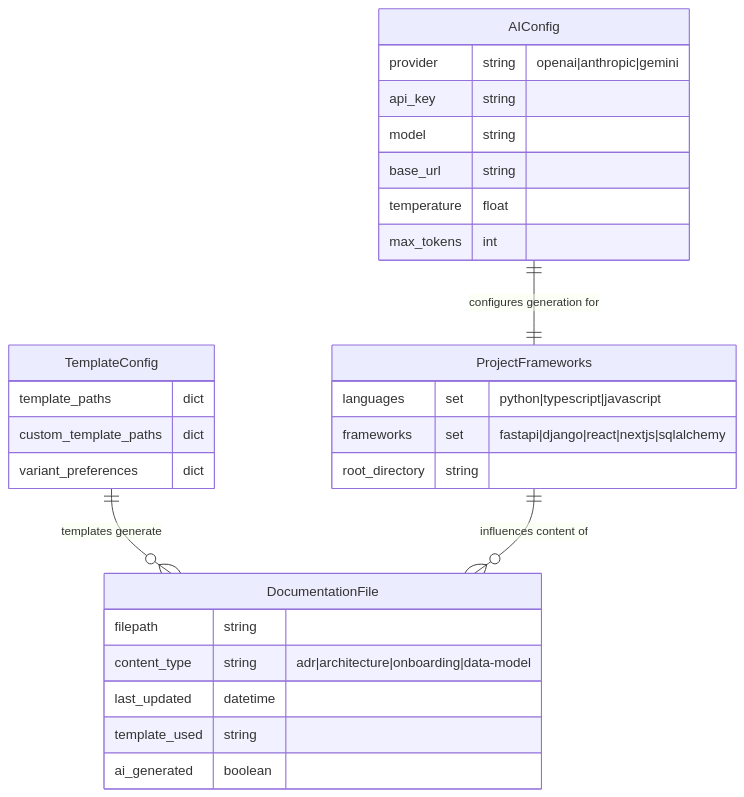
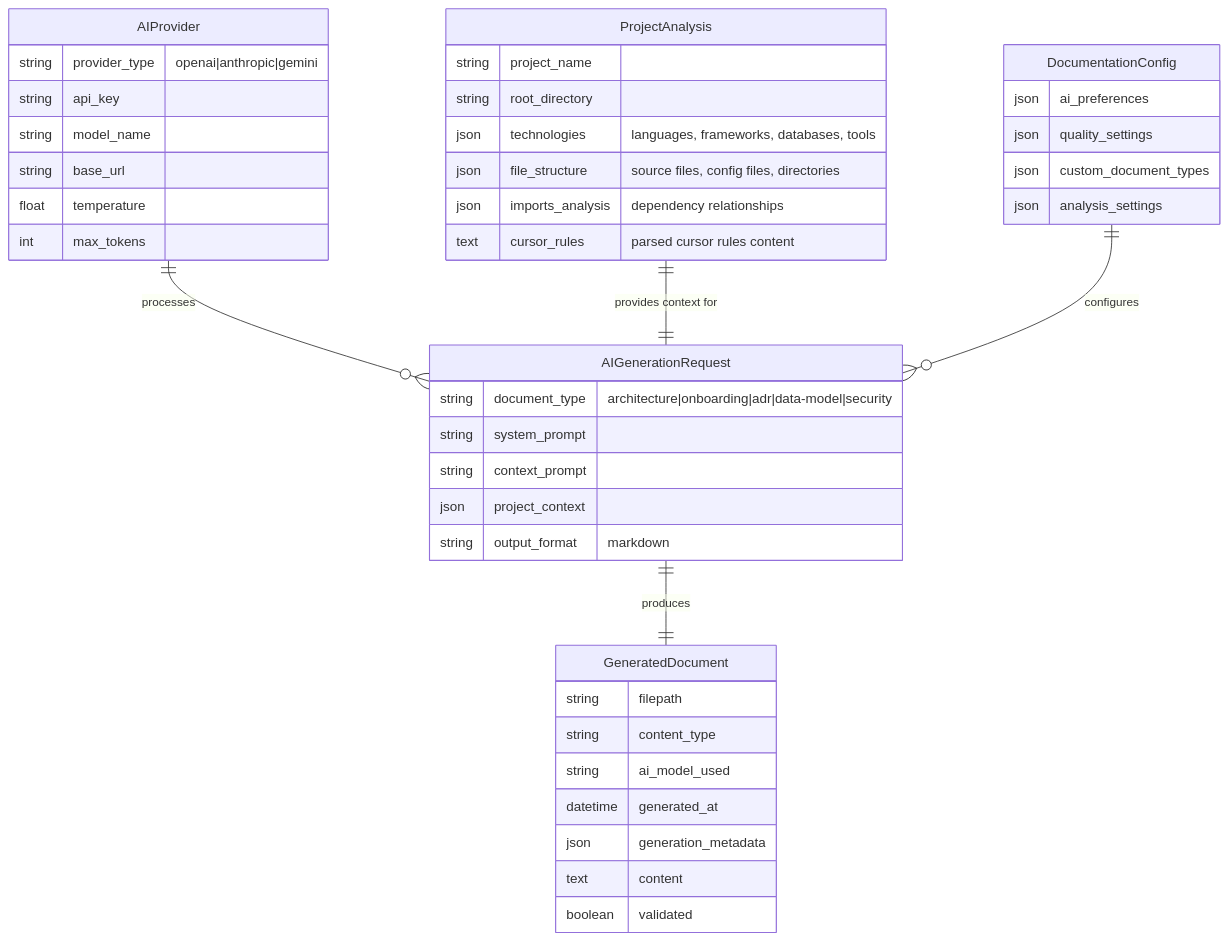
Before and after one commit to mgiovani/ai-cursor-init: the diagram in docs/data-model.md, drawn with Mermaid. The commit also changed other lines of this file and 10 other files, not shown here.

Commit message:
feat: remove framework/language limitations, implement 100% AI-powered documentation - removed all template fallbacks and hardcoded limitations, enhanced AI service with comprehensive technology detection, works with ANY programming language or framework (#11)

````diff
--- a/docs/data-model.md
+++ b/docs/data-model.md
@@ -9,35 +9,50 @@
 ```mermaid
 erDiagram
-    AIConfig {
-        provider string "openai|anthropic|gemini"
-        api_key string
-        model string
-        base_url string
-        temperature float
-        max_tokens int
+    AIProvider {
+        string provider_type "openai|anthropic|gemini"
+        string api_key
+        string model_name
+        string base_url
+        float temperature
+        int max_tokens
     }
     
-    ProjectFrameworks {
-        languages set "python|typescript|javascript"
-        frameworks set "fastapi|django|react|nextjs|sqlalchemy"
-        root_directory string
+    ProjectAnalysis {
+        string project_name
+        string root_directory
+        json technologies "languages, frameworks, databases, tools"
+        json file_structure "source files, config files, directories"
+        json imports_analysis "dependency relationships"
+        text cursor_rules "parsed cursor rules content"
     }
     
-    TemplateConfig {
-        template_paths dict
-        custom_template_paths dict
-        variant_preferences dict
+    AIGenerationRequest {
+        string document_type "architecture|onboarding|adr|data-model|security"
+        string system_prompt
+        string context_prompt
+        json project_context
+        string output_format "markdown"
     }
     
-    DocumentationFile {
-        filepath string
-        content_type string "adr|architecture|onboarding|data-model"
-        last_updated datetime
-        template_used string
-        ai_generated boolean
+    GeneratedDocument {
+        string filepath
+        string content_type
+        string ai_model_used
+        datetime generated_at
+        json generation_metadata
+        text content
+        boolean validated
     }
     
-    AIConfig ||--|| ProjectFrameworks : "configures generation for"
-    TemplateConfig ||--o{ DocumentationFile : "templates generate"
-    ProjectFrameworks ||--o{ DocumentationFile : "influences content of"
+    DocumentationConfig {
+        json ai_preferences
+        json quality_settings
+        json custom_document_types
+        json analysis_settings
+    }
+    
+    AIProvider ||--o{ AIGenerationRequest : "processes"
+    ProjectAnalysis ||--|| AIGenerationRequest : "provides context for"
+    AIGenerationRequest ||--|| GeneratedDocument : "produces"
+    DocumentationConfig ||--o{ AIGenerationRequest : "configures"
 ```
````
